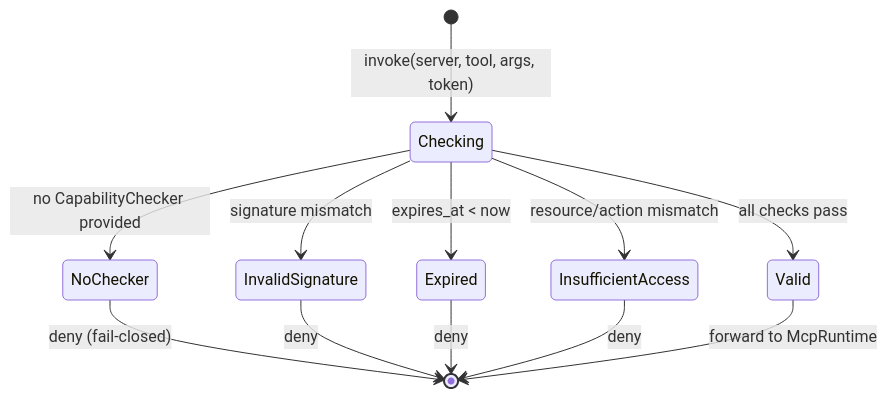
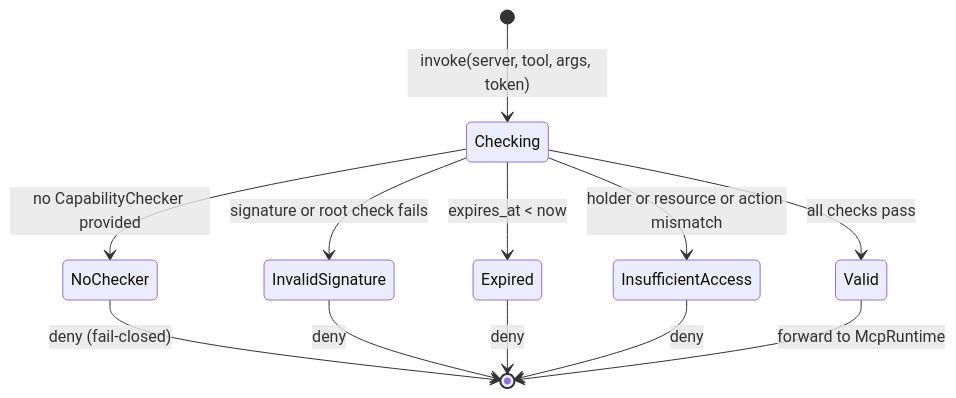
The diagram in kask/docs/diataxis/hkask-capability/explanation.md (mdz-axo/zed-kask), drawn with Mermaid before and after one commit. The commit also changed other lines of this file and 33 other files, not shown here.

````diff
--- a/kask/docs/diataxis/hkask-capability/explanation.md
+++ b/kask/docs/diataxis/hkask-capability/explanation.md
@@ -42,14 +43,14 @@
 ```mermaid
 stateDiagram-v2
     [*] --> Checking: invoke(server, tool, args, token)
     Checking --> NoChecker: no CapabilityChecker provided
-    Checking --> InvalidSignature: signature mismatch
+    Checking --> InvalidSignature: signature or root check fails
     Checking --> Expired: expires_at < now
-    Checking --> InsufficientAccess: resource/action mismatch
+    Checking --> InsufficientAccess: holder or resource or action mismatch
     Checking --> Valid: all checks pass
     NoChecker --> [*]: deny (fail-closed)
     InvalidSignature --> [*]: deny
     Expired --> [*]: deny
     InsufficientAccess --> [*]: deny
     Valid --> [*]: forward to McpRuntime
 ```
````
